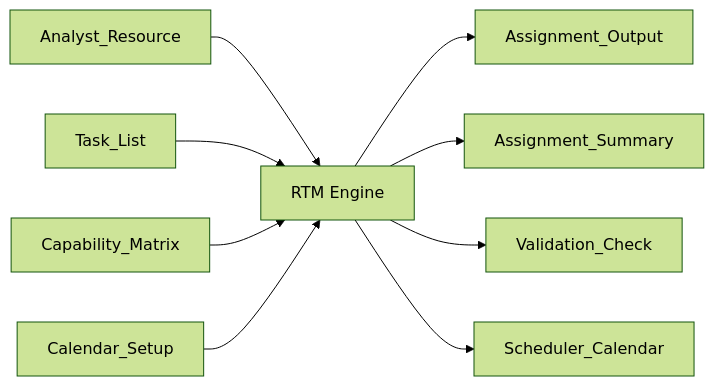
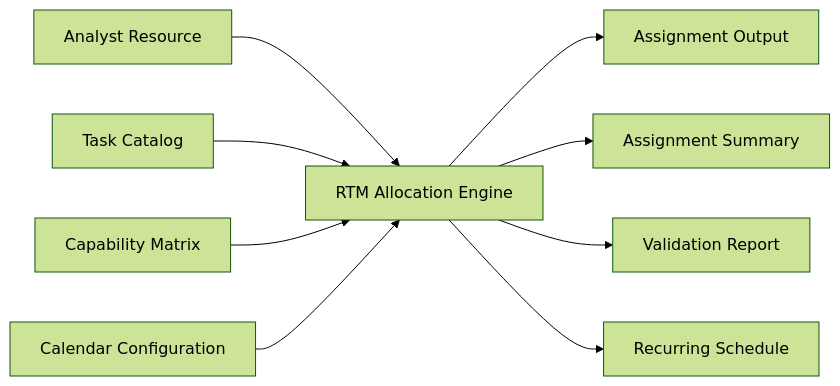
The diagram in projects/resource-task-manager/Read.md (Raven0129/ai-automation-portfolio), drawn with Mermaid (forest theme) before and after one commit. The commit also changed other lines of this file, not shown here.

````diff
--- a/projects/resource-task-manager/Read.md
+++ b/projects/resource-task-manager/Read.md
@@ -43,11 +74,12 @@
 ```mermaid
 flowchart LR
-    A[Analyst_Resource] --> E[RTM Engine]
-    T[Task_List] --> E
-    C[Capability_Matrix] --> E
-    D[Calendar_Setup] --> E
-    E --> O[Assignment_Output]
-    E --> S[Assignment_Summary]
-    E --> V[Validation_Check]
-    E --> K[Scheduler_Calendar]
+    A[Analyst Resource] --> E[RTM Allocation Engine]
+    T[Task Catalog] --> E
+    C[Capability Matrix] --> E
+    D[Calendar Configuration] --> E
+
+    E --> O[Assignment Output]
+    E --> S[Assignment Summary]
+    E --> V[Validation Report]
+    E --> K[Recurring Schedule]
 ```
````
